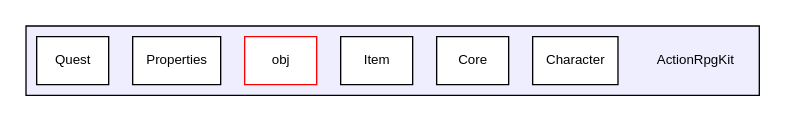
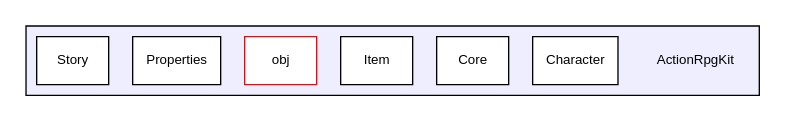
One commit to PaulSchweizer/ActionRpgKit changed the diagram in dir_9ecb837a21b60474ce98456d518a780a_dep.dot. Above: the diagram before and after it, drawn with Graphviz. The commit also changed 506 other files, not shown here.

```diff
--- a/dir_9ecb837a21b60474ce98456d518a780a_dep.dot
+++ b/dir_9ecb837a21b60474ce98456d518a780a_dep.dot
@@ -1,15 +1,15 @@
 digraph "ActionRpgKit" {
   compound=true
   node [ fontsize="10", fontname="Helvetica"];
   edge [ labelfontsize="10", labelfontname="Helvetica"];
   subgraph clusterdir_9ecb837a21b60474ce98456d518a780a {
     graph [ bgcolor="#eeeeff", pencolor="black", label="" URL="dir_9ecb837a21b60474ce98456d518a780a.xhtml"];
     dir_9ecb837a21b60474ce98456d518a780a [shape=plaintext label="ActionRpgKit"];
     dir_5b63fb5974cb1ed5868418ec510a1c8d [shape=box label="Character" color="black" fillcolor="white" style="filled" URL="dir_5b63fb5974cb1ed5868418ec510a1c8d.xhtml"];
     dir_08cc5c503820d31914a2f2729a36eee6 [shape=box label="Core" color="black" fillcolor="white" style="filled" URL="dir_08cc5c503820d31914a2f2729a36eee6.xhtml"];
     dir_82f1619cc2cd5b1e15ccb552710268a6 [shape=box label="Item" color="black" fillcolor="white" style="filled" URL="dir_82f1619cc2cd5b1e15ccb552710268a6.xhtml"];
     dir_8aced4f5cb2570e3fc4d1c2659f00981 [shape=box label="obj" color="red" fillcolor="white" style="filled" URL="dir_8aced4f5cb2570e3fc4d1c2659f00981.xhtml"];
     dir_9dd54d8903da8692d636818bcc9c555e [shape=box label="Properties" color="black" fillcolor="white" style="filled" URL="dir_9dd54d8903da8692d636818bcc9c555e.xhtml"];
-    dir_c58d8a8f3f25f68c8841910dbe899a39 [shape=box label="Quest" color="black" fillcolor="white" style="filled" URL="dir_c58d8a8f3f25f68c8841910dbe899a39.xhtml"];
+    dir_ed0b67d673b419dc884987f7178aa28a [shape=box label="Story" color="black" fillcolor="white" style="filled" URL="dir_ed0b67d673b419dc884987f7178aa28a.xhtml"];
   }
 }
```
